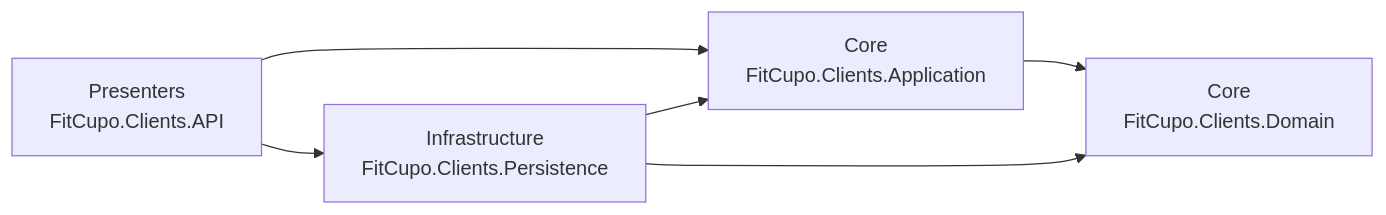
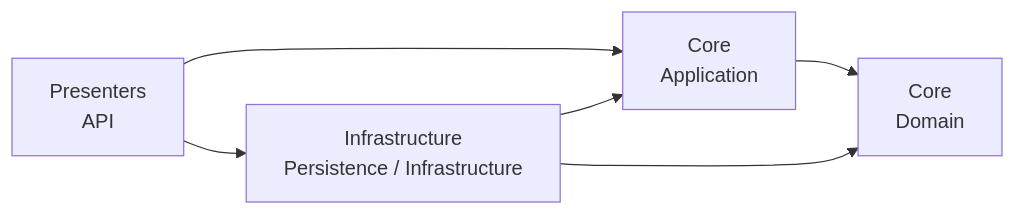
Before and after one commit to samrx21/fitcupo: the second of 2 diagrams in README.md, drawn with Mermaid. The commit also changed other lines of this file and 5 other files, not shown here.

````diff
--- a/README.md
+++ b/README.md
@@ -42,8 +122,8 @@
 ```mermaid
 flowchart LR
-    api["Presenters<br/>FitCupo.Clients.API"] --> app["Core<br/>FitCupo.Clients.Application"]
-    api --> per["Infrastructure<br/>FitCupo.Clients.Persistence"]
-    per --> app
-    app --> dom["Core<br/>FitCupo.Clients.Domain"]
-    per --> dom
+    api["Presenters<br/>API"] --> app["Core<br/>Application"]
+    api --> infra["Infrastructure<br/>Persistence / Infrastructure"]
+    infra --> app
+    app --> dom["Core<br/>Domain"]
+    infra --> dom
 ```
````
